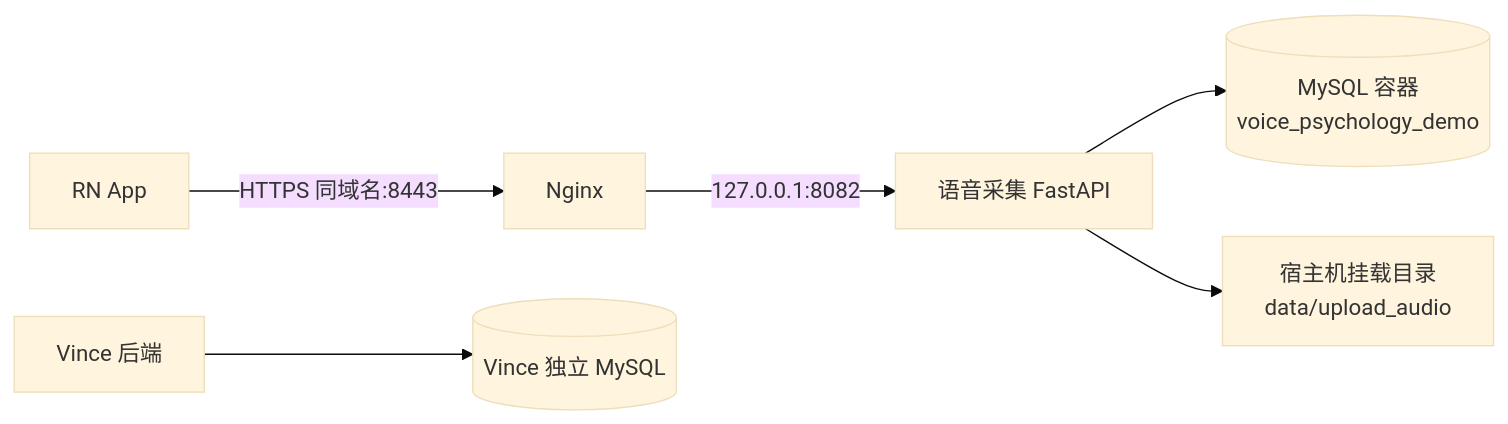
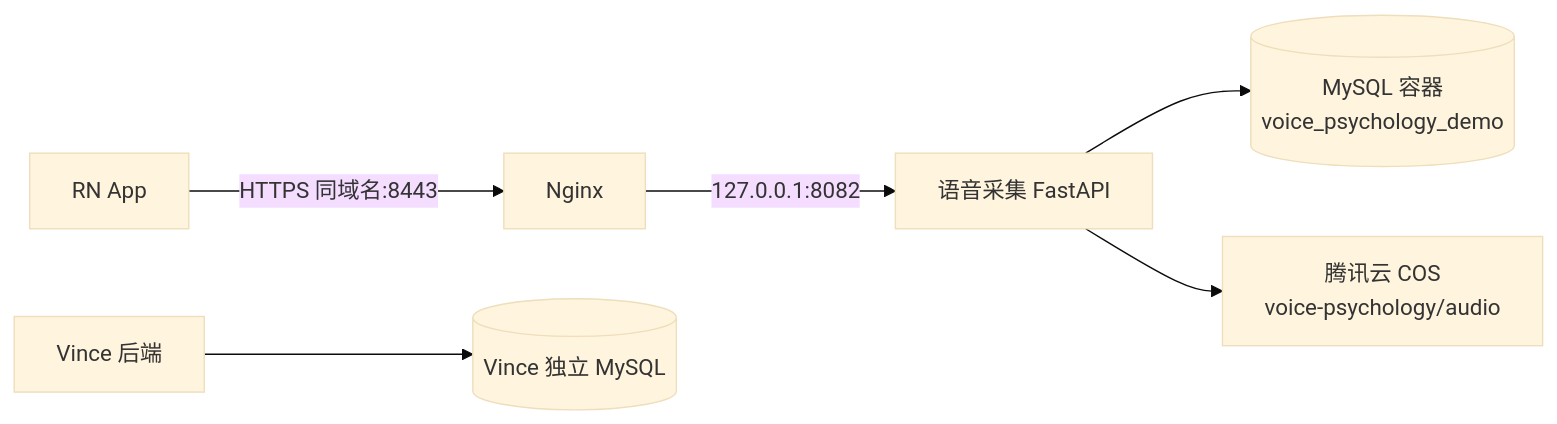
One commit to Vince929/voice-psychology-research-demo changed the diagram in docs/语音心理科研采集 App Demo 需求文档.md. Above: the diagram before and after it, drawn with Mermaid (base theme). The commit also changed other lines of this file and 14 other files, not shown here.

````diff
--- a/docs/语音心理科研采集 App Demo 需求文档.md
+++ b/docs/语音心理科研采集 App Demo 需求文档.md
@@ -61,8 +61,8 @@
 ```mermaid
 flowchart LR
     A[RN App] -->|HTTPS 同域名:8443| B[Nginx]
     B -->|127.0.0.1:8082| C[语音采集 FastAPI]
     C --> D[(MySQL 容器<br/>voice_psychology_demo)]
-    C --> E[宿主机挂载目录<br/>data/upload_audio]
+    C --> E[腾讯云 COS<br/>voice-psychology/audio]
     F[Vince 后端] --> G[(Vince 独立 MySQL)]
 ```
````
